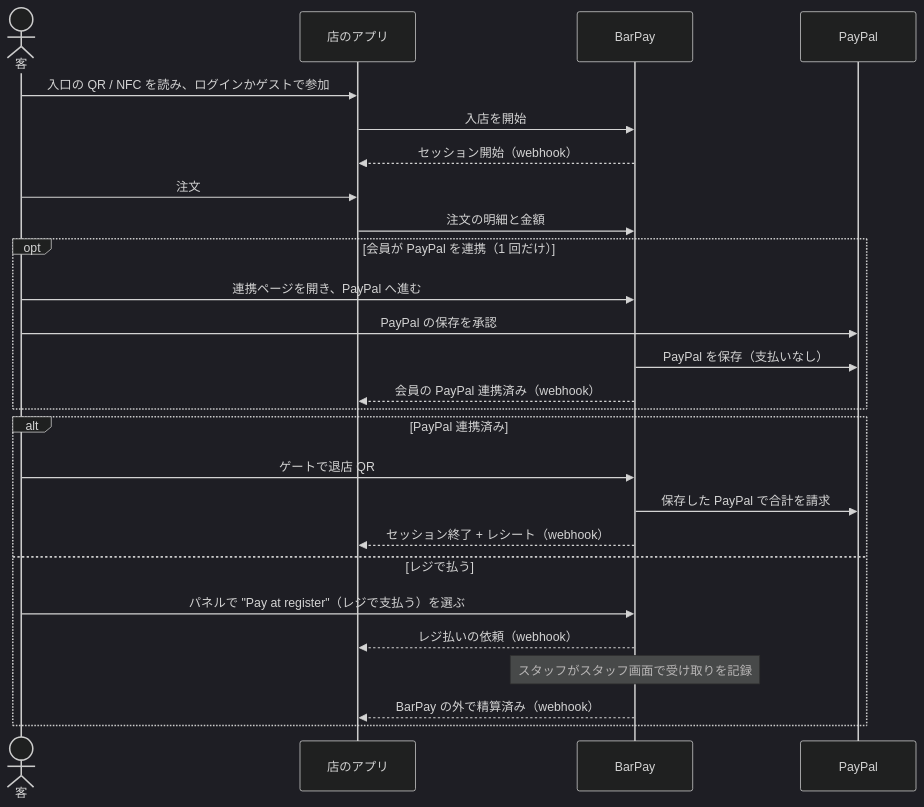
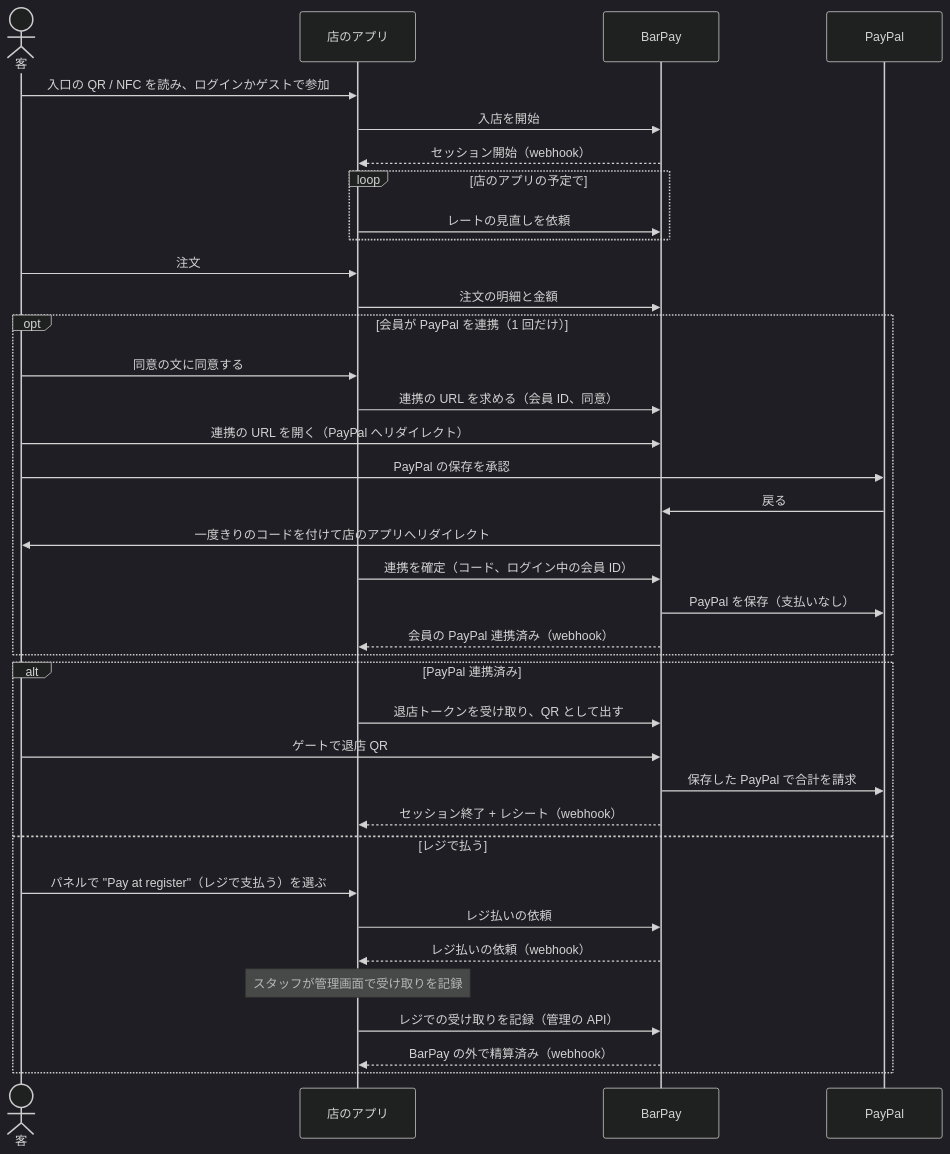
One commit to sumiredc/barpay changed the first of 4 diagrams in PRD.ja.md. Above: the diagram before and after it, drawn with Mermaid (dark theme). The commit also changed other lines of this file and 1 other file, not shown here.

First line of the commit message:
Describe BarPay as a module with no screens in the PRD

````diff
--- a/PRD.ja.md
+++ b/PRD.ja.md
@@ -37,28 +37,39 @@
 ```mermaid
 sequenceDiagram
   actor C as 客
   participant A as 店のアプリ
   participant B as BarPay
   participant P as PayPal
   C->>A: 入口の QR / NFC を読み、ログインかゲストで参加
   A->>B: 入店を開始
   B-->>A: セッション開始（webhook）
+  loop 店のアプリの予定で
+    A->>B: レートの見直しを依頼
+  end
   C->>A: 注文
   A->>B: 注文の明細と金額
   opt 会員が PayPal を連携（1 回だけ）
-    C->>B: 連携ページを開き、PayPal へ進む
+    C->>A: 同意の文に同意する
+    A->>B: 連携の URL を求める（会員 ID、同意）
+    C->>B: 連携の URL を開く（PayPal へリダイレクト）
     C->>P: PayPal の保存を承認
+    P->>B: 戻る
+    B->>C: 一度きりのコードを付けて店のアプリへリダイレクト
+    A->>B: 連携を確定（コード、ログイン中の会員 ID）
     B->>P: PayPal を保存（支払いなし）
     B-->>A: 会員の PayPal 連携済み（webhook）
   end
   alt PayPal 連携済み
+    A->>B: 退店トークンを受け取り、QR として出す
     C->>B: ゲートで退店 QR
     B->>P: 保存した PayPal で合計を請求
     B-->>A: セッション終了 + レシート（webhook）
   else レジで払う
-    C->>B: パネルで "Pay at register"（レジで支払う）を選ぶ
+    C->>A: パネルで "Pay at register"（レジで支払う）を選ぶ
+    A->>B: レジ払いの依頼
     B-->>A: レジ払いの依頼（webhook）
-    Note over B: スタッフがスタッフ画面で受け取りを記録
+    Note over A: スタッフが管理画面で受け取りを記録
+    A->>B: レジでの受け取りを記録（管理の API）
     B-->>A: BarPay の外で精算済み（webhook）
   end
 ```
````
